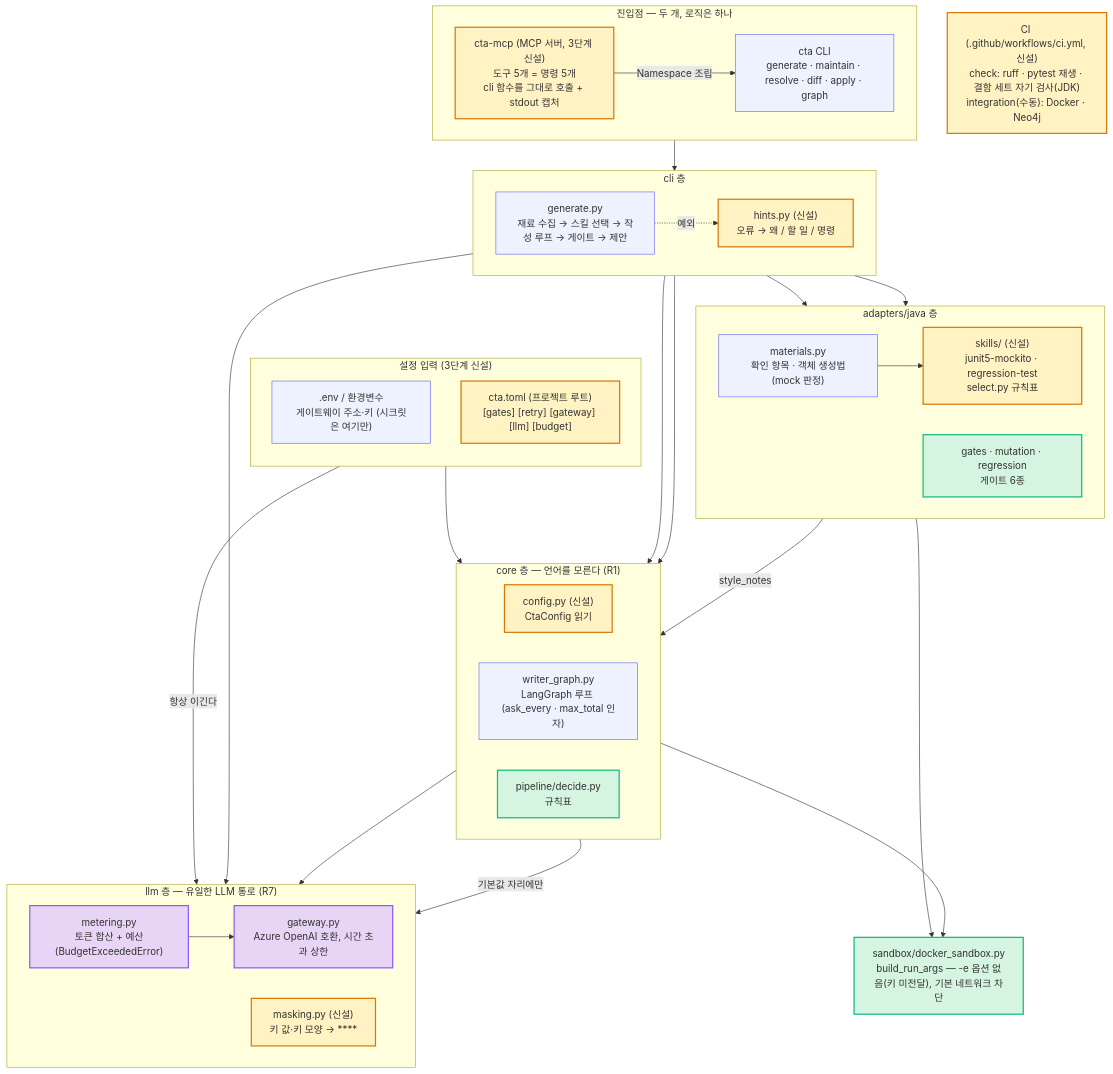
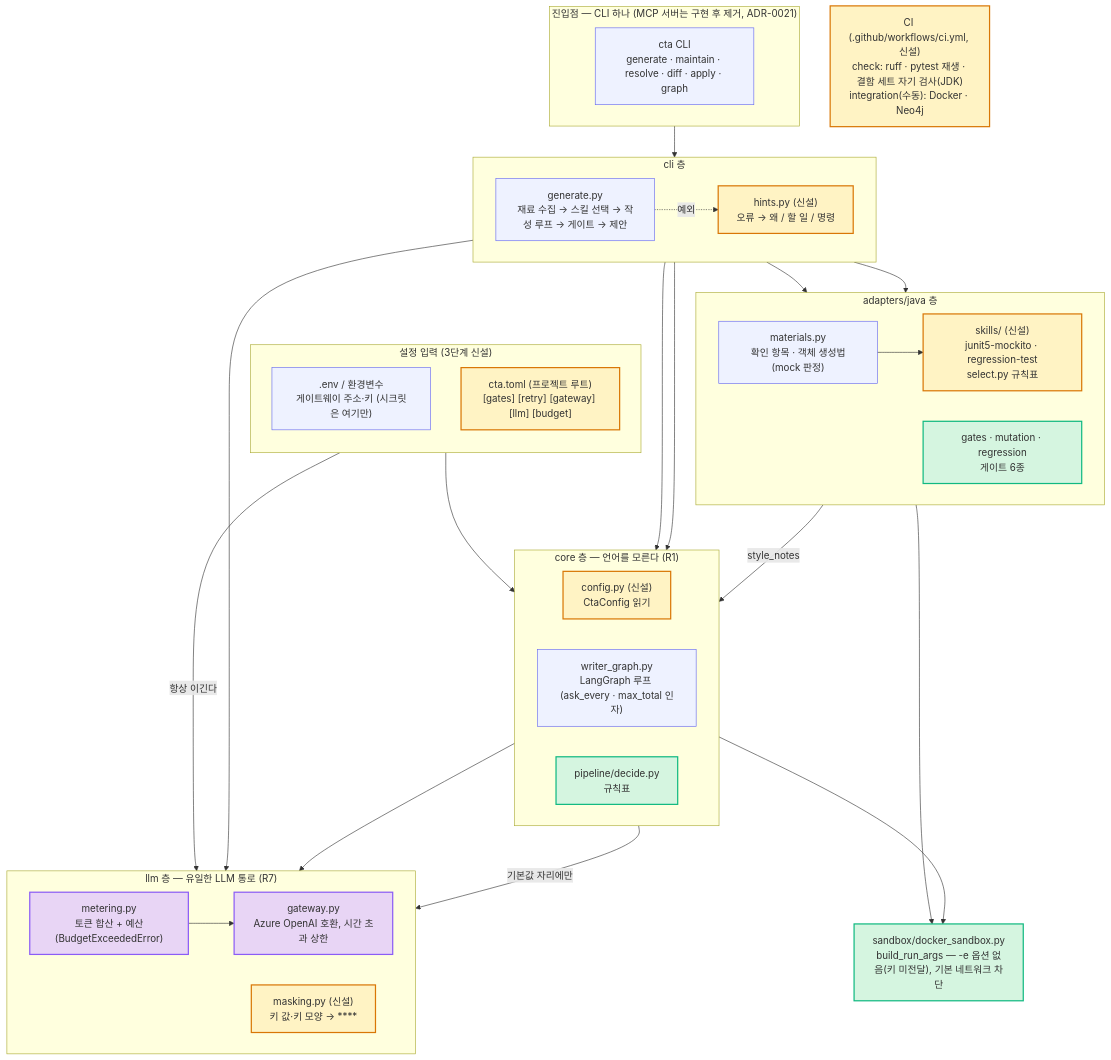
One commit to parksanghyeop/skax-master-project changed the diagram in docs/제출자료/diagrams/e2e-architecture.mmd. Above: the diagram before and after it, drawn with Mermaid. The commit also changed 27 other files, not shown here.

First line of the commit message:
MCP 서버 제거 (2/2) — 설정·문서·다이어그램 반영 (ADR-0021)

```diff
--- a/docs/제출자료/diagrams/e2e-architecture.mmd
+++ b/docs/제출자료/diagrams/e2e-architecture.mmd
@@ -1,68 +1,66 @@
 flowchart TB
-    subgraph ENTRY["진입점 — 두 개, 로직은 하나"]
+    subgraph ENTRY["진입점 — CLI 하나 (MCP 서버는 구현 후 제거, ADR-0021)"]
         direction LR
         CLI["cta CLI<br/>generate · maintain · resolve · diff · apply · graph"]
-        MCP["cta-mcp (MCP 서버, 3단계 신설)<br/>도구 5개 = 명령 5개<br/>cli 함수를 그대로 호출 + stdout 캡처"]
-        MCP -->|"Namespace 조립"| CLI
     end
 
     subgraph CFG["설정 입력 (3단계 신설)"]
         direction TB
         ENV[".env / 환경변수<br/>게이트웨이 주소·키 (시크릿은 여기만)"]
         TOML["cta.toml (프로젝트 루트)<br/>[gates] [retry] [gateway] [llm] [budget]"]
     end
 
     subgraph CLIL["cli 층"]
         direction LR
         GEN["generate.py<br/>재료 수집 → 스킬 선택 → 작성 루프 → 게이트 → 제안"]
         HINT["hints.py (신설)<br/>오류 → 왜 / 할 일 / 명령"]
     end
 
     subgraph ADP["adapters/java 층"]
         direction LR
         MAT["materials.py<br/>확인 항목 · 객체 생성법(mock 판정)"]
         SK["skills/ (신설)<br/>junit5-mockito · regression-test<br/>select.py 규칙표"]
         GATES["gates · mutation · regression<br/>게이트 6종"]
     end
 
     subgraph CORE["core 층 — 언어를 모른다 (R1)"]
         direction LR
         CONF["config.py (신설)<br/>CtaConfig 읽기"]
         WG["writer_graph.py<br/>LangGraph 루프 (ask_every · max_total 인자)"]
         RULES["pipeline/decide.py<br/>규칙표"]
     end
 
     subgraph LLML["llm 층 — 유일한 LLM 통로 (R7)"]
         direction LR
         MET["metering.py<br/>토큰 합산 + 예산(BudgetExceededError)"]
         MASK["masking.py (신설)<br/>키 값·키 모양 → ****"]
         GW["gateway.py<br/>Azure OpenAI 호환, 시간 초과 상한"]
     end
 
     SBX["sandbox/docker_sandbox.py<br/>build_run_args — -e 옵션 없음(키 미전달), 기본 네트워크 차단"]
 
     CI["CI (.github/workflows/ci.yml, 신설)<br/>check: ruff · pytest 재생 · 결함 세트 자기 검사(JDK)<br/>integration(수동): Docker · Neo4j"]
 
     CLI --> GEN
     GEN --> MAT --> SK
     GEN --> CONF
     GEN --> WG
     GEN --> GATES
     TOML --> CONF
     CONF -->|"기본값 자리에만"| GW
     ENV -->|"항상 이긴다"| GW
     SK -->|"style_notes"| WG
     WG --> MET --> GW
     GATES --> SBX
     WG --> SBX
     HINT --> MASK
     GEN -. 예외 .-> HINT
 
     classDef new fill:#fff3c4,stroke:#d97706,stroke-width:2px
     classDef safe fill:#d5f5e0,stroke:#10b981,stroke-width:2px
     classDef llm fill:#e8d5f5,stroke:#8b5cf6,stroke-width:2px
     classDef plain fill:#eef2ff,stroke:#6366f1
-    class MCP,TOML,HINT,SK,CONF,MASK,CI new
+    class TOML,HINT,SK,CONF,MASK,CI new
     class RULES,GATES,SBX safe
     class GW,MET llm
     class CLI,ENV,GEN,MAT,WG plain
```
